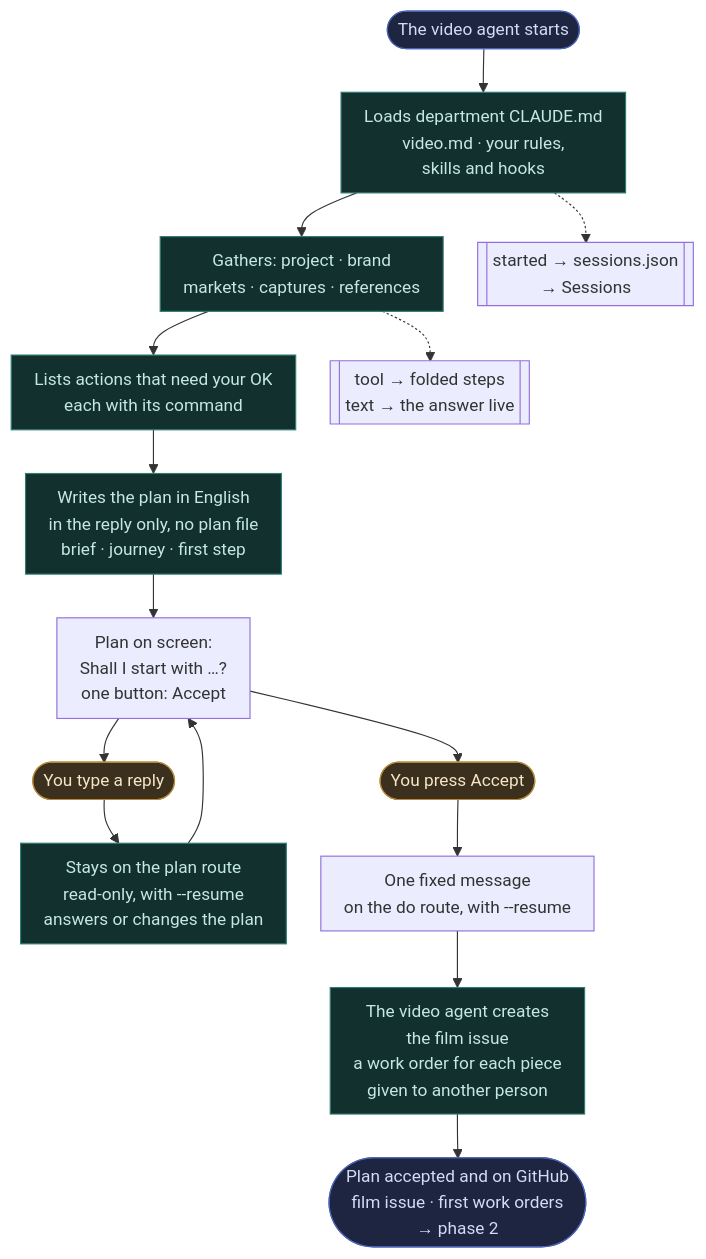
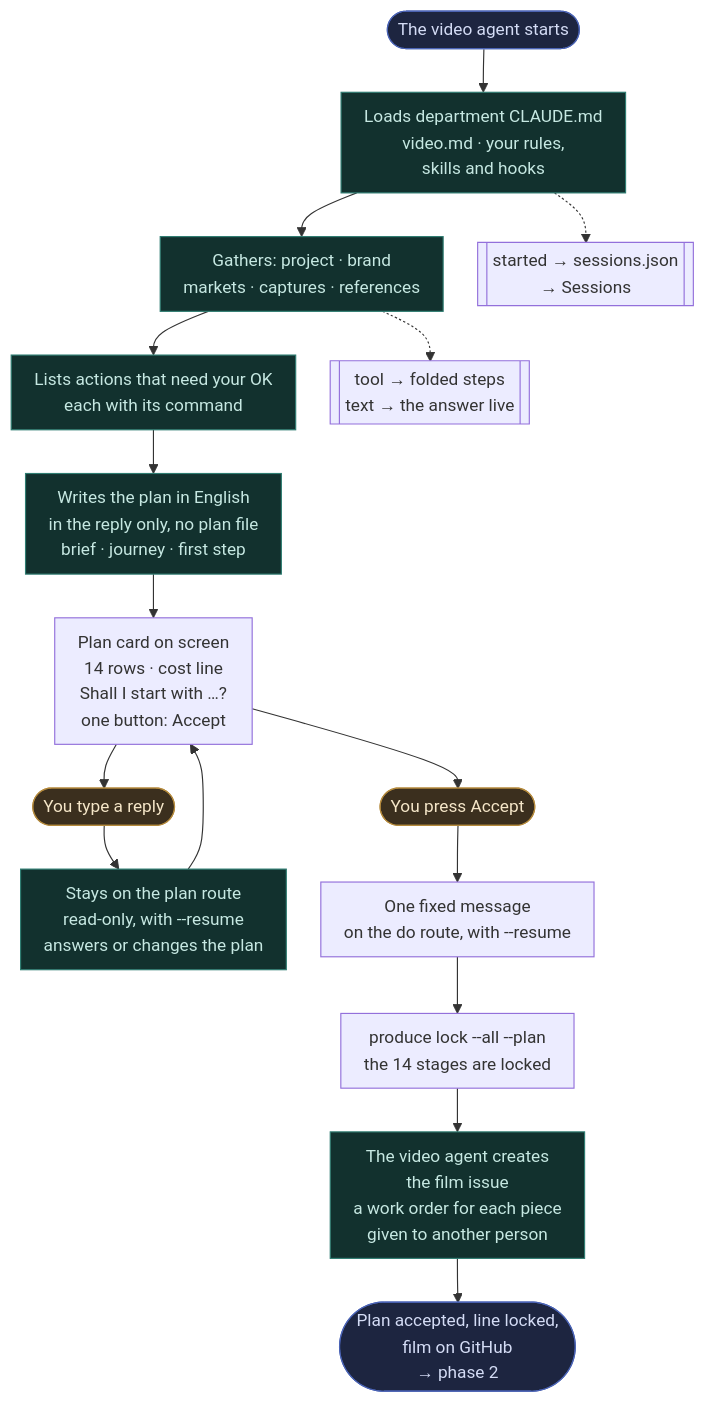
One commit to databayt/kun changed the fourth of 5 diagrams in content/docs/pipeline.mdx. Above: the diagram before and after it, drawn with Mermaid. The commit also changed other lines of this file and 4 other files, not shown here.

First line of the commit message:
docs: the settings menu, the locked line, the work tier

````diff
--- a/content/docs/pipeline.mdx
+++ b/content/docs/pipeline.mdx
@@ -237,27 +240,28 @@
 ```mermaid
 %%{init: {"fontFamily": "Geist, Arial, sans-serif", "themeVariables": {"fontSize": "15px", "fontFamily": "Geist, Arial, sans-serif"}, "flowchart": {"wrappingWidth": 230, "nodeSpacing": 30, "rankSpacing": 38, "padding": 10}}}%%
 flowchart TD
     L0(["The video agent starts"]):::done
     L0 --> L["Loads department CLAUDE.md<br/>video.md · your rules,<br/>skills and hooks"]:::claude
     L --> PR1["Gathers: project · brand<br/>markets · captures · references"]:::claude
     PR1 --> PR2["Lists actions that need your OK<br/>each with its command"]:::claude
     PR2 --> PR3["Writes the plan in English<br/>in the reply only, no plan file<br/>brief · journey · first step"]:::claude
-    PR3 --> END["Plan on screen:<br/>Shall I start with …?<br/>one button: Accept"]
+    PR3 --> END["Plan card on screen<br/>14 rows · cost line<br/>Shall I start with …?<br/>one button: Accept"]
     END --> RP(["You type a reply"]):::you
     RP --> RP1["Stays on the plan route<br/>read-only, with --resume<br/>answers or changes the plan"]:::claude
     RP1 --> END
     END --> AC(["You press Accept"]):::you
     AC --> AC1["One fixed message<br/>on the do route, with --resume"]
-    AC1 --> IS["The video agent creates<br/>the film issue<br/>a work order for each piece<br/>given to another person"]:::claude
-    IS --> GH(["Plan accepted and on GitHub<br/>film issue · first work orders<br/>→ phase 2"]):::done
+    AC1 --> LK["produce lock --all --plan<br/>the 14 stages are locked"]
+    LK --> IS["The video agent creates<br/>the film issue<br/>a work order for each piece<br/>given to another person"]:::claude
+    IS --> GH(["Plan accepted, line locked,<br/>film on GitHub<br/>→ phase 2"]):::done
     C1[["started → sessions.json<br/>→ Sessions"]]
     C2[["tool → folded steps<br/>text → the answer live"]]
     L -.-> C1
     PR1 -.-> C2
 
     classDef you fill:#3b2f1e,stroke:#b58a3c,color:#f5e6c8;
     classDef claude fill:#12312e,stroke:#2f7d72,color:#c6e8e2;
     classDef ok fill:#16301c,stroke:#3c8a4f,color:#cfeed7;
     classDef bad fill:#2e1a16,stroke:#a6432f,color:#f0d2c9;
     classDef done fill:#1d2540,stroke:#4a63b5,color:#d4dcf5;
 ```
````
